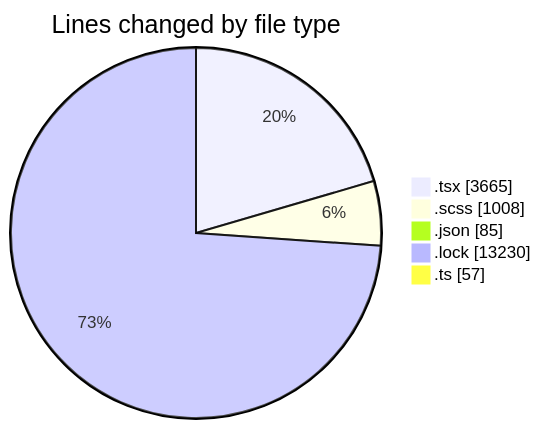
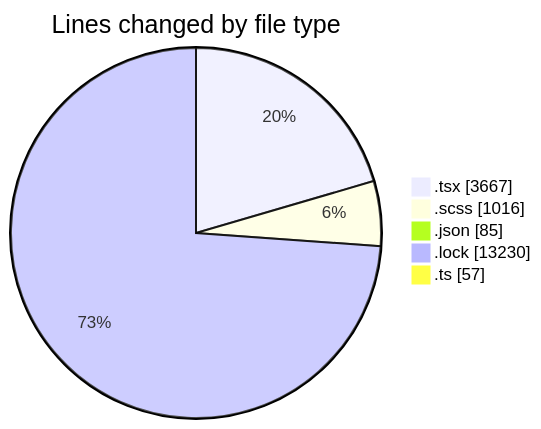
One commit to momahboobian/code-tracking changed the first of 2 diagrams in 2025-10-03/cda/README.md. Above: the diagram before and after it, drawn with Mermaid. The commit also changed other lines of this file and 1 other file, not shown here.

````diff
--- a/2025-10-03/cda/README.md
+++ b/2025-10-03/cda/README.md
@@ -30,9 +30,9 @@
 ```mermaid
 pie showData
 title Lines changed by file type
-".tsx" : 3665
-".scss" : 1008
+".tsx" : 3667
+".scss" : 1016
 ".json" : 85
 ".lock" : 13230
 ".ts" : 57
 ```
````
